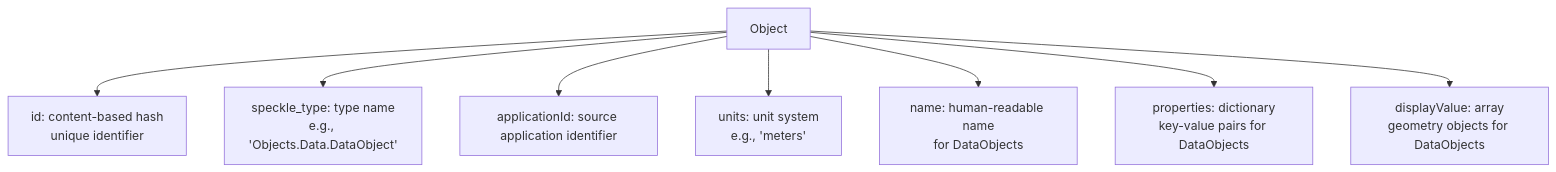
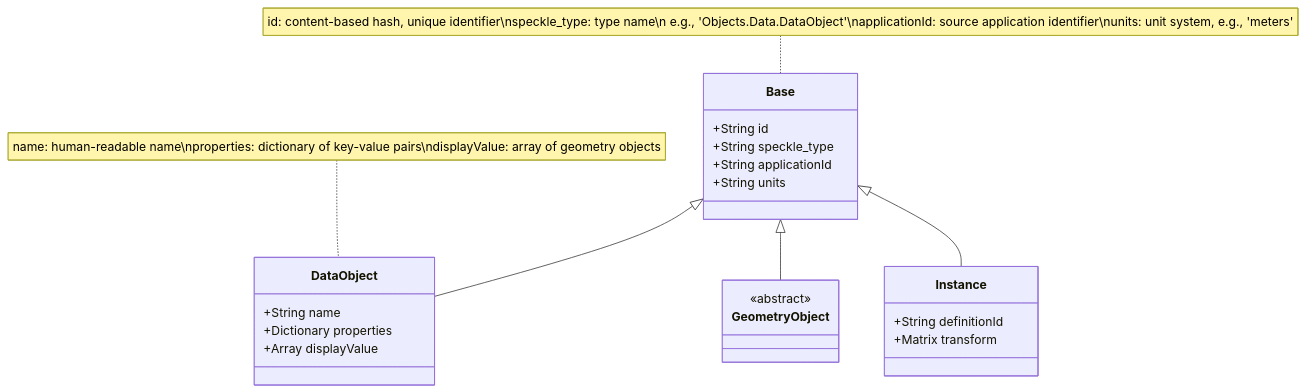
Before and after one commit to specklesystems/speckle-docs-NEW: the first of 2 diagrams in developers/data-schema/object-schema.mdx, drawn with Mermaid. The commit also changed other lines of this file and 1 other file, not shown here.

Commit message:
Updates geometry and object schemas with diagrams
Enhances the clarity of geometry and object data structures  by replacing textual representations with class diagrams.

````diff
--- a/developers/data-schema/object-schema.mdx
+++ b/developers/data-schema/object-schema.mdx
@@ -12,10 +12,26 @@
 ```mermaid
-graph TD
-    A[Object] --> B["id: content-based hash<br/>unique identifier"]
-    A --> C["speckle_type: type name<br/>e.g., 'Objects.Data.DataObject'"]
-    A --> D["applicationId: source application identifier"]
-    A --> E["units: unit system<br/>e.g., 'meters'"]
-    A --> F["name: human-readable name<br/>for DataObjects"]
-    A --> G["properties: dictionary<br/>key-value pairs for DataObjects"]
-    A --> H["displayValue: array<br/>geometry objects for DataObjects"]
+classDiagram
+    class Base {
+        +String id
+        +String speckle_type
+        +String applicationId
+        +String units
+    }
+    class DataObject {
+        +String name
+        +Dictionary properties
+        +Array displayValue
+    }
+    class GeometryObject {
+        <<abstract>>
+    }
+    class Instance {
+        +String definitionId
+        +Matrix transform
+    }
+    Base <|-- DataObject
+    Base <|-- GeometryObject
+    Base <|-- Instance
+    note for Base "id: content-based hash, unique identifier\nspeckle_type: type name\n e.g., 'Objects.Data.DataObject'\napplicationId: source application identifier\nunits: unit system, e.g., 'meters'"
+    note for DataObject "name: human-readable name\nproperties: dictionary of key-value pairs\ndisplayValue: array of geometry objects"
 ```
````
